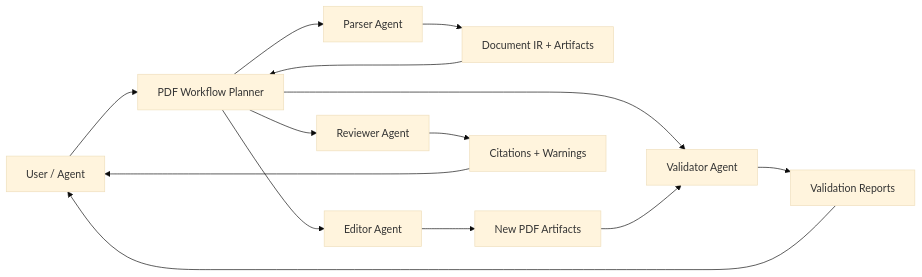
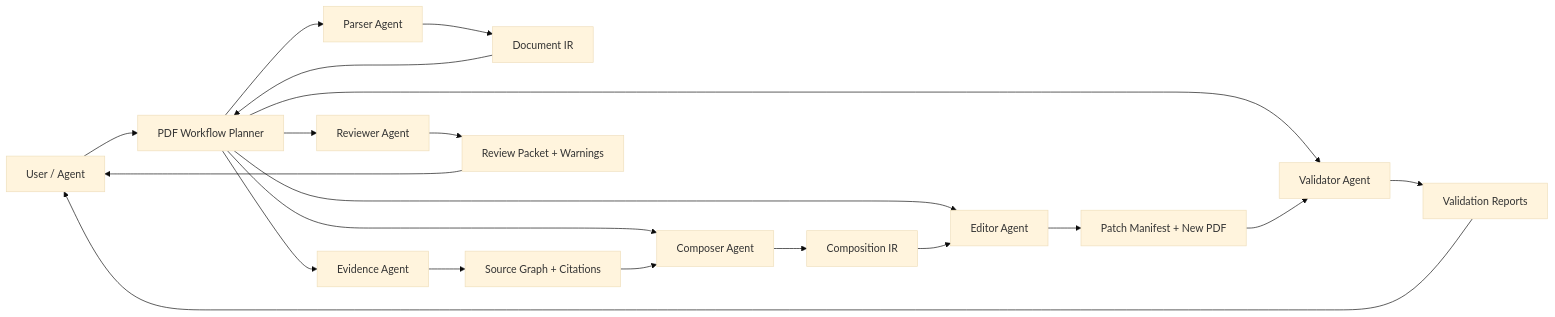
The diagram in docs/34_AGENT_INFRA_AI_CLOUD_STRATEGY.md (tover0314-w/OKoffice), drawn with Mermaid (base theme) before and after one commit. The commit also changed other lines of this file and 96 other files, not shown here.

````diff
--- a/docs/34_AGENT_INFRA_AI_CLOUD_STRATEGY.md
+++ b/docs/34_AGENT_INFRA_AI_CLOUD_STRATEGY.md
@@ -118,16 +145,22 @@
 ```mermaid
 flowchart LR
   A["User / Agent"] --> B["PDF Workflow Planner"]
   B --> C["Parser Agent"]
-  B --> D["Editor Agent"]
-  B --> E["Validator Agent"]
-  B --> F["Reviewer Agent"]
-  C --> G["Document IR + Artifacts"]
-  D --> H["New PDF Artifacts"]
-  E --> I["Validation Reports"]
-  F --> J["Citations + Warnings"]
-  G --> B
-  H --> E
-  I --> A
-  J --> A
+  B --> D["Evidence Agent"]
+  B --> E["Composer Agent"]
+  B --> F["Editor Agent"]
+  B --> G["Validator Agent"]
+  B --> H["Reviewer Agent"]
+  C --> I["Document IR"]
+  D --> J["Source Graph + Citations"]
+  E --> K["Composition IR"]
+  F --> L["Patch Manifest + New PDF"]
+  G --> M["Validation Reports"]
+  H --> N["Review Packet + Warnings"]
+  I --> B
+  J --> E
+  K --> F
+  L --> G
+  M --> A
+  N --> A
 ```
````
